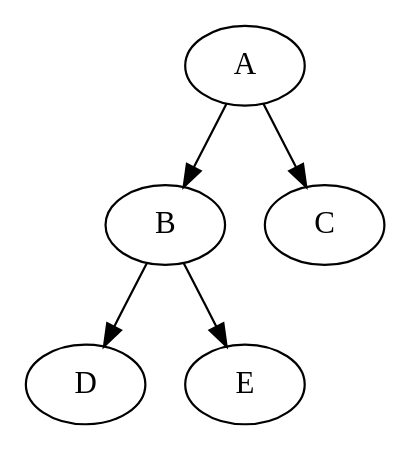
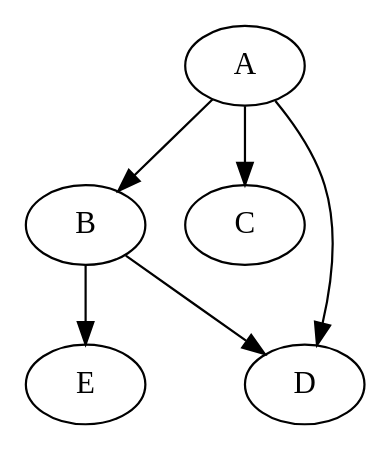
One commit to Zhaojia-Liang/CST499-OAOCR changed the diagram in Sample.dot. Above: the diagram before and after it, drawn with Graphviz. The commit also changed 3 other files, not shown here.

```diff
--- a/Sample.dot
+++ b/Sample.dot
@@ -1,11 +1,12 @@
 digraph my_graph {
 A;
 B;
 C;
 D;
 E;
 A -> B;
 A -> C;
 B -> D;
 B -> E;
+A -> D;
 }
```
